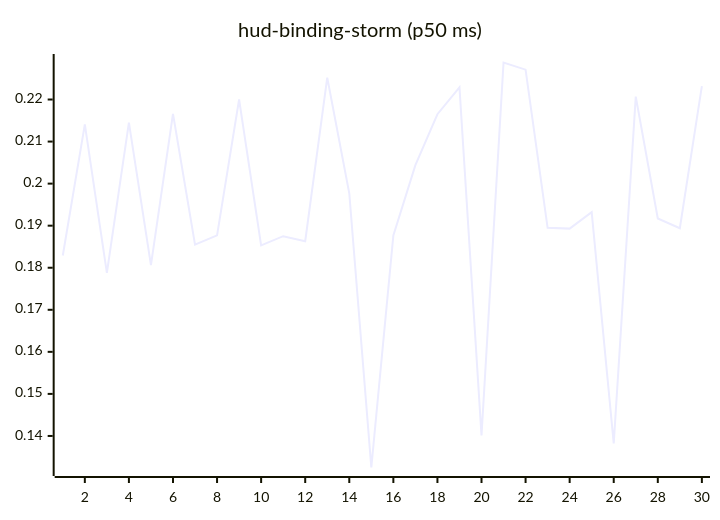
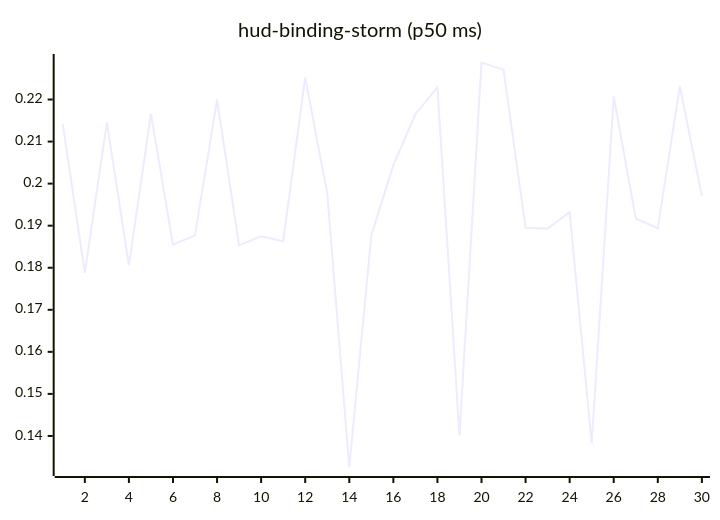
The tenth of 27 diagrams in README.md (josha/Facet), drawn with Mermaid before and after one commit. The commit also changed other lines of this file and 2 other files, not shown here.

````diff
--- a/README.md
+++ b/README.md
@@ -126,6 +126,6 @@
 ```mermaid
 xychart-beta
     title "hud-binding-storm (p50 ms)"
     x-axis 1 --> 30
-    line [0.1829, 0.2141, 0.1788, 0.2145, 0.1806, 0.2166, 0.1855, 0.1877, 0.2200, 0.1853, 0.1875, 0.1863, 0.2252, 0.1977, 0.1325, 0.1877, 0.2044, 0.2165, 0.2229, 0.1401, 0.2288, 0.2271, 0.1895, 0.1893, 0.1932, 0.1382, 0.2207, 0.1917, 0.1894, 0.2232]
+    line [0.2141, 0.1788, 0.2145, 0.1806, 0.2166, 0.1855, 0.1877, 0.2200, 0.1853, 0.1875, 0.1863, 0.2252, 0.1977, 0.1325, 0.1877, 0.2044, 0.2165, 0.2229, 0.1401, 0.2288, 0.2271, 0.1895, 0.1893, 0.1932, 0.1382, 0.2207, 0.1917, 0.1894, 0.2232, 0.1971]
 ```
````
